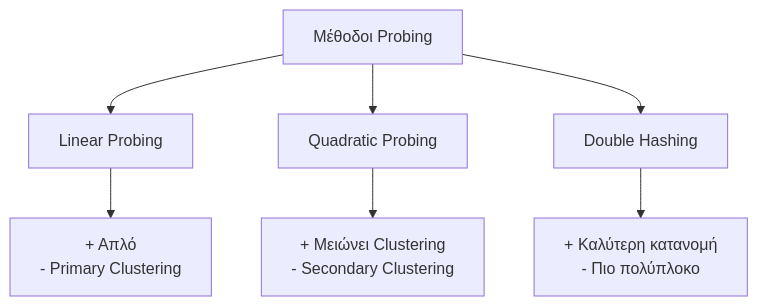
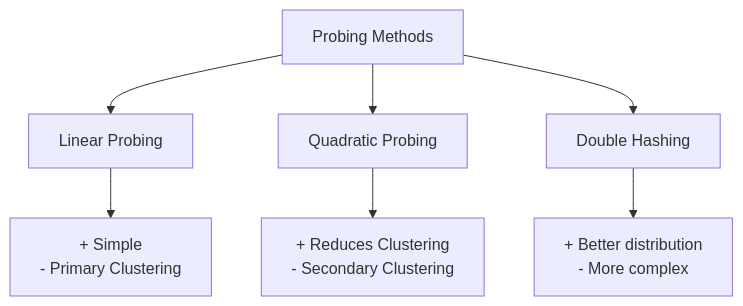
The fifth of 5 diagrams in Year_2/Semester_3/DSA_DATA_STRUCTURES_ALGORITHMS/Resources/Hashing.md (PanagopoulosNikolaos/DitOpenNotes), drawn with Mermaid before and after one commit. The commit also changed other lines of this file and 50 other files, not shown here.

````diff
--- a/Year_2/Semester_3/DSA_DATA_STRUCTURES_ALGORITHMS/Resources/Hashing.md
+++ b/Year_2/Semester_3/DSA_DATA_STRUCTURES_ALGORITHMS/Resources/Hashing.md
@@ -568,10 +568,10 @@
 ```mermaid
 graph TD
-    A[Μέθοδοι Probing] --> B[Linear Probing]
+    A[Probing Methods] --> B[Linear Probing]
     A --> C[Quadratic Probing]
     A --> D[Double Hashing]
     
-    B --> E[+ Απλό<br/>- Primary Clustering]
-    C --> F[+ Μειώνει Clustering<br/>- Secondary Clustering]
-    D --> G[+ Καλύτερη κατανομή<br/>- Πιο πολύπλοκο]
+    B --> E[+ Simple<br/>- Primary Clustering]
+    C --> F[+ Reduces Clustering<br/>- Secondary Clustering]
+    D --> G[+ Better distribution<br/>- More complex]
 ```
````
